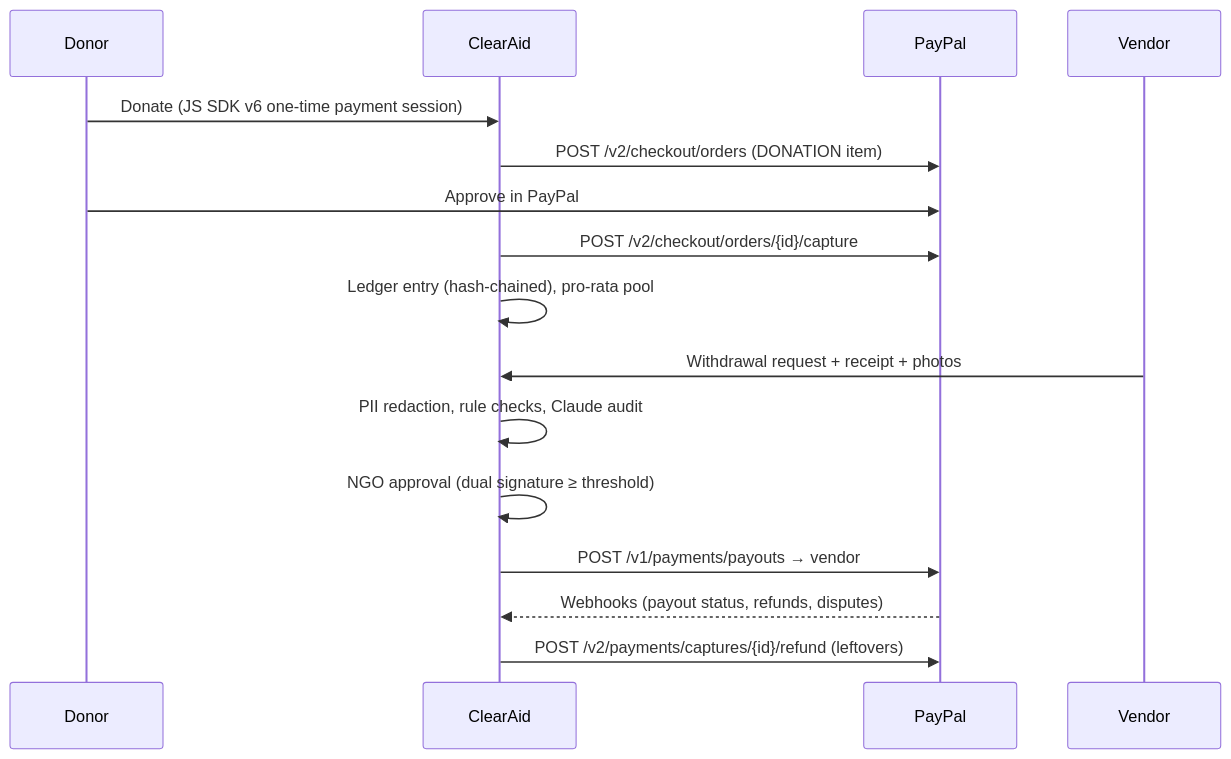
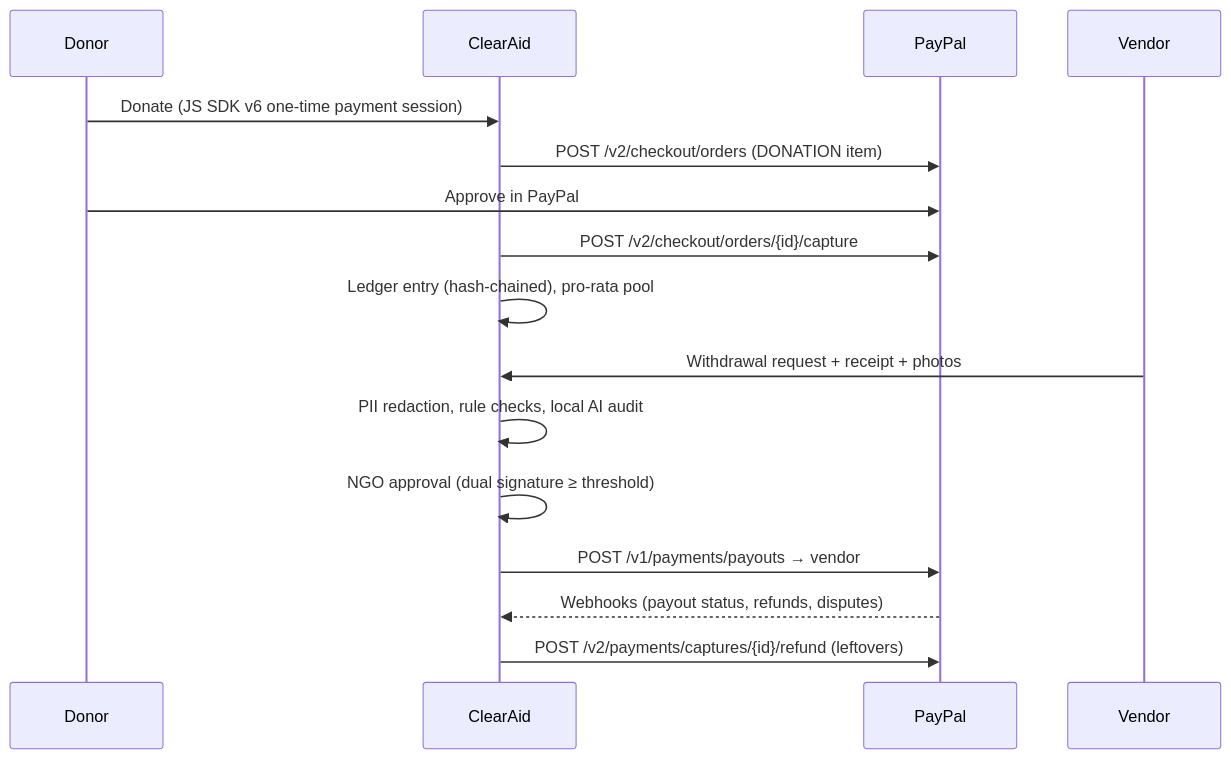
The diagram in README.md (Shreyro/ClearAid), drawn with Mermaid before and after one commit. The commit also changed other lines of this file and 43 other files, not shown here.

````diff
--- a/README.md
+++ b/README.md
@@ -39,18 +39,18 @@
 ```mermaid
 sequenceDiagram
   participant D as Donor
   participant C as ClearAid
   participant P as PayPal
   participant V as Vendor
   D->>C: Donate (JS SDK v6 one-time payment session)
   C->>P: POST /v2/checkout/orders (DONATION item)
   D->>P: Approve in PayPal
   C->>P: POST /v2/checkout/orders/{id}/capture
   C->>C: Ledger entry (hash-chained), pro-rata pool
   V->>C: Withdrawal request + receipt + photos
-  C->>C: PII redaction, rule checks, Claude audit
+  C->>C: PII redaction, rule checks, local AI audit
   C->>C: NGO approval (dual signature ≥ threshold)
   C->>P: POST /v1/payments/payouts → vendor
   P-->>C: Webhooks (payout status, refunds, disputes)
   C->>P: POST /v2/payments/captures/{id}/refund (leftovers)
 ```
````
